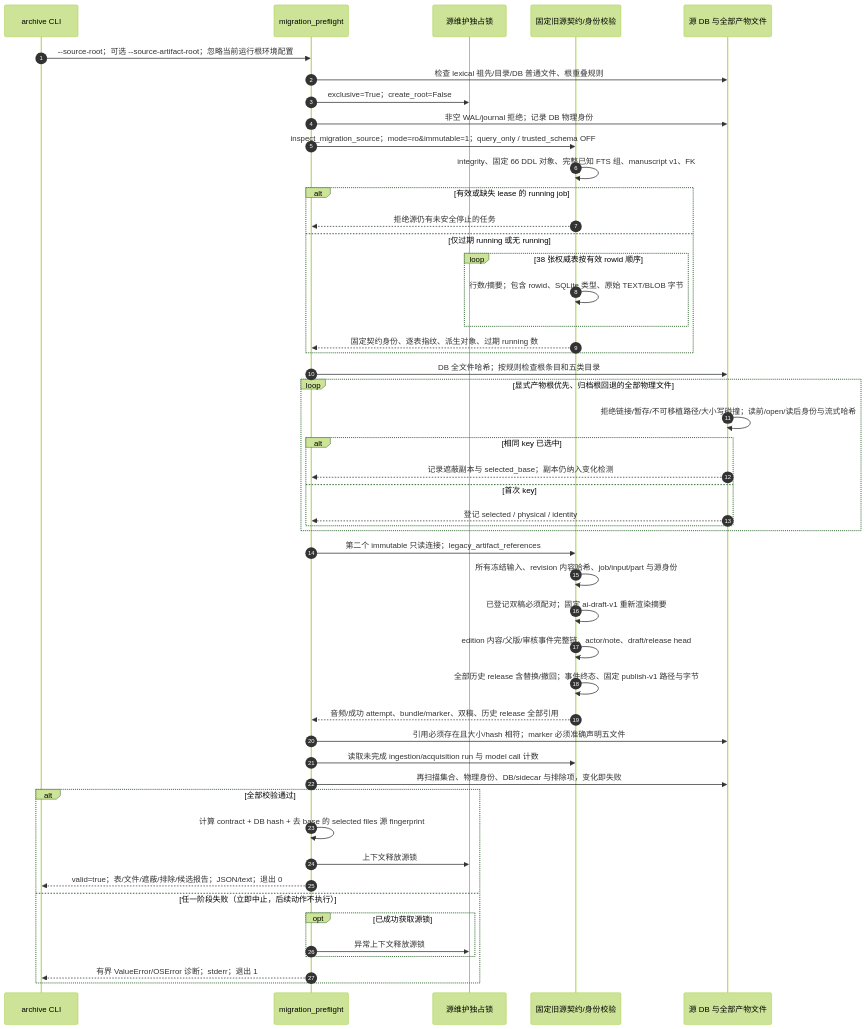
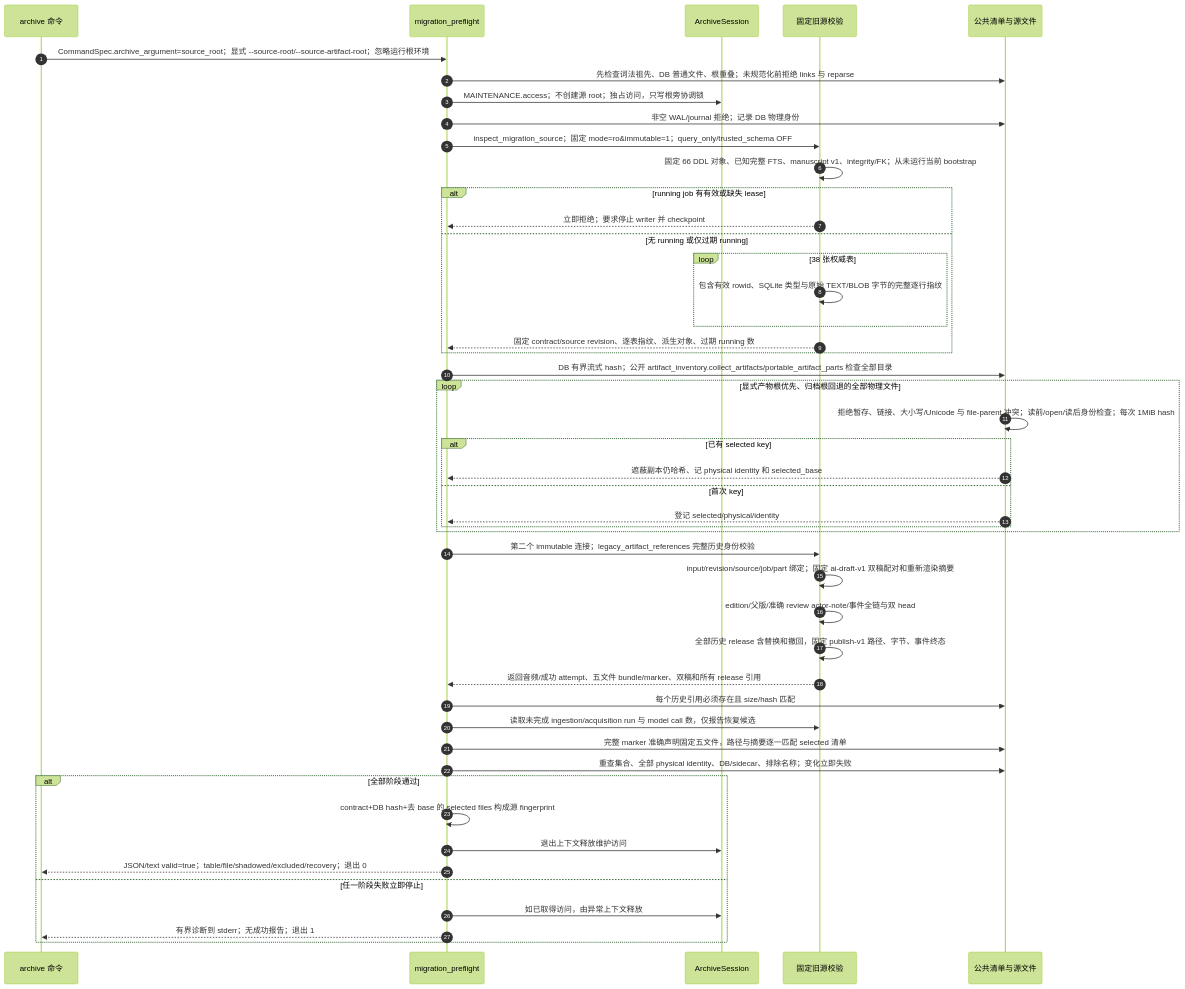
One commit to SuperCatQR/bilibili-asr-archive changed the diagram in docs/sequences/17-migration-preflight.md. Above: the diagram before and after it, drawn with Mermaid (forest theme). The commit also changed other lines of this file and 66 other files, not shown here.

Commit message:
Document repaired boundaries and pin all architecture diagrams

````diff
--- a/docs/sequences/17-migration-preflight.md
+++ b/docs/sequences/17-migration-preflight.md
@@ -9,51 +9,49 @@
 ```mermaid
 sequenceDiagram
     autonumber
-    participant cli as archive CLI
+    participant cli as archive 命令
     participant service as migration_preflight
-    participant lock as 源维护独占锁
-    participant legacy as 固定旧源契约/身份校验
-    participant files as 源 DB 与全部产物文件
-    cli->>service: --source-root；可选 --source-artifact-root；忽略当前运行根环境配置
-    service->>files: 检查 lexical 祖先/目录/DB 普通文件、根重叠规则
-    service->>lock: exclusive=True；create_root=False
+    participant access as ArchiveSession
+    participant legacy as 固定旧源校验
+    participant files as 公共清单与源文件
+    cli->>service: CommandSpec.archive_argument=source_root；显式 --source-root/--source-artifact-root；忽略运行根环境
+    service->>files: 先检查词法祖先、DB 普通文件、根重叠；未规范化前拒绝 links 与 reparse
+    service->>access: MAINTENANCE.access；不创建源 root；独占访问，只写根旁协调锁
     service->>files: 非空 WAL/journal 拒绝；记录 DB 物理身份
-    service->>legacy: inspect_migration_source；mode=ro&immutable=1；query_only / trusted_schema OFF
-    legacy->>legacy: integrity、固定 66 DDL 对象、完整已知 FTS 组、manuscript v1、FK
-    alt 有效或缺失 lease 的 running job
-    legacy-->>service: 拒绝源仍有未安全停止的任务
-    else 仅过期 running 或无 running
-    loop 38 张权威表按有效 rowid 顺序
-    legacy->>legacy: 行数/摘要；包含 rowid、SQLite 类型、原始 TEXT/BLOB 字节
+    service->>legacy: inspect_migration_source；固定 mode=ro&immutable=1；query_only/trusted_schema OFF
+    legacy->>legacy: 固定 66 DDL 对象、已知完整 FTS、manuscript v1、integrity/FK；从未运行当前 bootstrap
+    alt running job 有有效或缺失 lease
+    legacy-->>service: 立即拒绝；要求停止 writer 并 checkpoint
+    else 无 running 或仅过期 running
+    loop 38 张权威表
+    legacy->>legacy: 包含有效 rowid、SQLite 类型与原始 TEXT/BLOB 字节的完整逐行指纹
     end
-    legacy-->>service: 固定契约身份、逐表指纹、派生对象、过期 running 数
+    legacy-->>service: 固定 contract/source revision、逐表指纹、派生对象、过期 running 数
     end
-    service->>files: DB 全文件哈希；按规则检查根条目和五类目录
+    service->>files: DB 有界流式 hash；公开 artifact_inventory.collect_artifacts/portable_artifact_parts 检查全部目录
     loop 显式产物根优先、归档根回退的全部物理文件
-    files->>files: 拒绝链接/暂存/不可移植路径/大小写碰撞；读前/open/读后身份与流式哈希
-    alt 相同 key 已选中
-    files-->>service: 记录遮蔽副本与 selected_base；副本仍纳入变化检测
+    files->>files: 拒绝暂存、链接、大小写/Unicode 与 file-parent 冲突；读前/open/读后身份检查；每次 1MiB hash
+    alt 已有 selected key
+    files-->>service: 遮蔽副本仍哈希、记 physical identity 和 selected_base
     else 首次 key
-    files-->>service: 登记 selected / physical / identity
+    files-->>service: 登记 selected/physical/identity
     end
     end
-    service->>legacy: 第二个 immutable 只读连接；legacy_artifact_references
-    legacy->>legacy: 所有冻结输入、revision 内容哈希、job/input/part 与源身份
-    legacy->>legacy: 已登记双稿必须配对；固定 ai-draft-v1 重新渲染摘要
-    legacy->>legacy: edition 内容/父版/审核事件完整链、actor/note、draft/release head
-    legacy->>legacy: 全部历史 release 含替换/撤回；事件终态、固定 publish-v1 路径与字节
-    legacy-->>service: 音频/成功 attempt、bundle/marker、双稿、历史 release 全部引用
-    service->>files: 引用必须存在且大小/hash 相符；marker 必须准确声明五文件
-    service->>legacy: 读取未完成 ingestion/acquisition run 与 model call 计数
-    service->>files: 再扫描集合、物理身份、DB/sidecar 与排除项，变化即失败
-    alt 全部校验通过
-    service->>service: 计算 contract + DB hash + 去 base 的 selected files 源 fingerprint
-    service->>lock: 上下文释放源锁
-    service-->>cli: valid=true；表/文件/遮蔽/排除/候选报告；JSON/text；退出 0
-    else 任一阶段失败（立即中止，后续动作不执行）
-    opt 已成功获取源锁
-    service->>lock: 异常上下文释放源锁
-    end
-    service-->>cli: 有界 ValueError/OSError 诊断；stderr；退出 1
+    service->>legacy: 第二个 immutable 连接；legacy_artifact_references 完整历史身份校验
+    legacy->>legacy: input/revision/source/job/part 绑定；固定 ai-draft-v1 双稿配对和重新渲染摘要
+    legacy->>legacy: edition/父版/准确 review actor-note/事件全链与双 head
+    legacy->>legacy: 全部历史 release 含替换和撤回，固定 publish-v1 路径、字节、事件终态
+    legacy-->>service: 返回音频/成功 attempt、五文件 bundle/marker、双稿和所有 release 引用
+    service->>files: 每个历史引用必须存在且 size/hash 匹配
+    service->>legacy: 读取未完成 ingestion/acquisition run 与 model call 数，仅报告恢复候选
+    service->>files: 完整 marker 准确声明固定五文件，路径与摘要逐一匹配 selected 清单
+    service->>files: 重查集合、全部 physical identity、DB/sidecar、排除名称；变化立即失败
+    alt 全部阶段通过
+    service->>service: contract+DB hash+去 base 的 selected files 构成源 fingerprint
+    service->>access: 退出上下文释放维护访问
+    service-->>cli: JSON/text valid=true；table/file/shadowed/excluded/recovery；退出 0
+    else 任一阶段失败立即停止
+    service->>access: 如已取得访问，由异常上下文释放
+    service-->>cli: 有界诊断到 stderr；无成功报告；退出 1
     end
 ```
````
